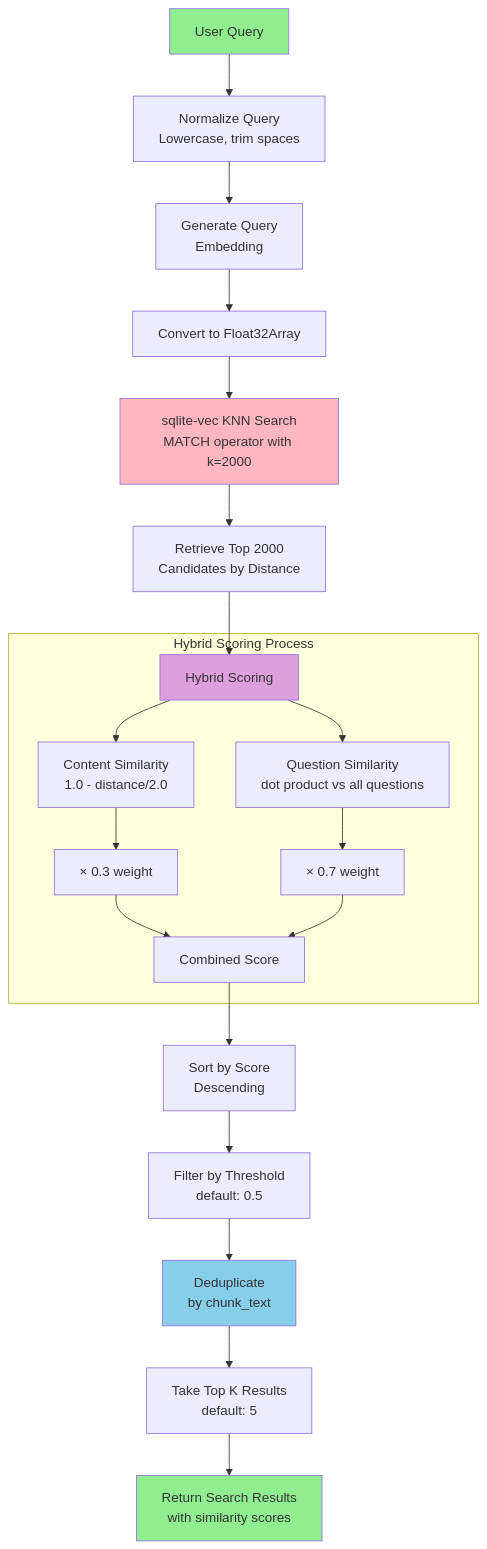
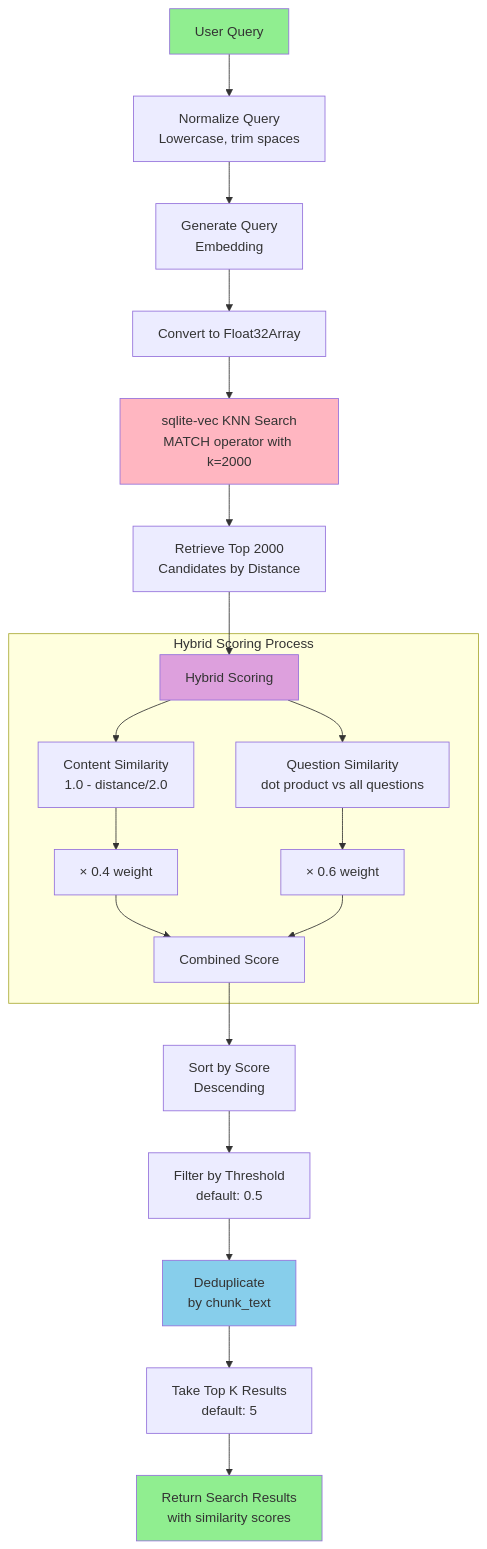
The third of 5 diagrams in src/frontend/pages/docs/ARCHITECTURE.md (weaverwhale/bun-vector-mcp), drawn with Mermaid before and after one commit. The commit also changed other lines of this file and 8 other files, not shown here.

````diff
--- a/src/frontend/pages/docs/ARCHITECTURE.md
+++ b/src/frontend/pages/docs/ARCHITECTURE.md
@@ -178,41 +173,41 @@
 ```mermaid
 flowchart TD
     START[User Query] --> NORMALIZE[Normalize Query<br/>Lowercase, trim spaces]
 
     NORMALIZE --> EMBED[Generate Query<br/>Embedding]
 
     EMBED --> VECTOR[Convert to Float32Array]
 
     VECTOR --> VEC_SEARCH[sqlite-vec KNN Search<br/>MATCH operator with k=2000]
 
     VEC_SEARCH --> CANDIDATES[Retrieve Top 2000<br/>Candidates by Distance]
 
     CANDIDATES --> HYBRID[Hybrid Scoring]
 
     subgraph "Hybrid Scoring Process"
         HYBRID --> CONTENT[Content Similarity<br/>1.0 - distance/2.0]
         HYBRID --> QUESTIONS[Question Similarity<br/>dot product vs all questions]
 
-        CONTENT --> WEIGHT1[× 0.3 weight]
-        QUESTIONS --> WEIGHT2[× 0.7 weight]
+        CONTENT --> WEIGHT1[× 0.4 weight]
+        QUESTIONS --> WEIGHT2[× 0.6 weight]
 
         WEIGHT1 --> COMBINE[Combined Score]
         WEIGHT2 --> COMBINE
     end
 
     COMBINE --> SORT[Sort by Score<br/>Descending]
 
     SORT --> FILTER[Filter by Threshold<br/>default: 0.5]
 
     FILTER --> DEDUP[Deduplicate<br/>by chunk_text]
 
     DEDUP --> TOPK[Take Top K Results<br/>default: 5]
 
     TOPK --> RESULTS[Return Search Results<br/>with similarity scores]
 
     style START fill:#90EE90
     style RESULTS fill:#90EE90
     style VEC_SEARCH fill:#FFB6C1
     style HYBRID fill:#DDA0DD
     style DEDUP fill:#87CEEB
 ```
````
